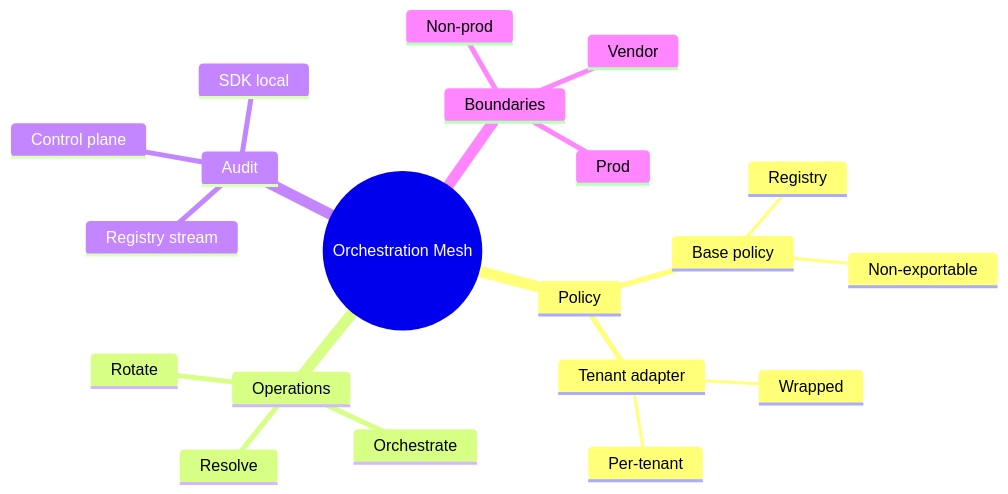
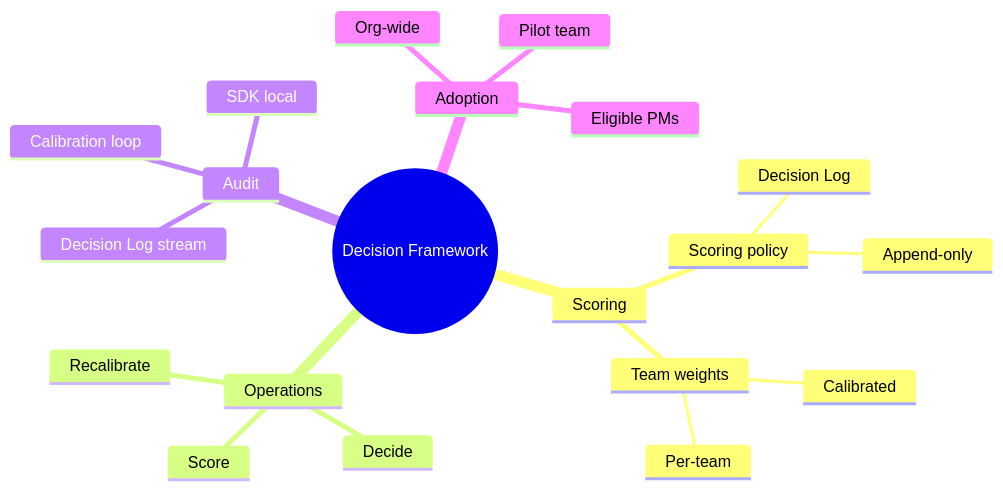
Diagram 13 of 25 in lib/components/diagram/diagram/diagram.gallery.md (SlideWright/lattice), drawn with Mermaid before and after one commit. The commit also changed other lines of this file and 81 other files, not shown here.

````diff
--- a/lib/components/diagram/diagram/diagram.gallery.md
+++ b/lib/components/diagram/diagram/diagram.gallery.md
@@ -387,23 +387,23 @@
 ```mermaid
 mindmap
-  root((Orchestration Mesh))
-    Policy
-      Base policy
-        Registry
-        Non-exportable
-      Tenant adapter
-        Wrapped
-        Per-tenant
+  root((Decision Framework))
+    Scoring
+      Scoring policy
+        Decision Log
+        Append-only
+      Team weights
+        Calibrated
+        Per-team
     Operations
-      Orchestrate
-      Resolve
-      Rotate
+      Score
+      Decide
+      Recalibrate
     Audit
-      Registry stream
-      Control plane
+      Decision Log stream
+      Calibration loop
       SDK local
-    Boundaries
-      Prod
-      Non-prod
-      Vendor
+    Adoption
+      Pilot team
+      Org-wide
+      Eligible PMs
 ```
````
